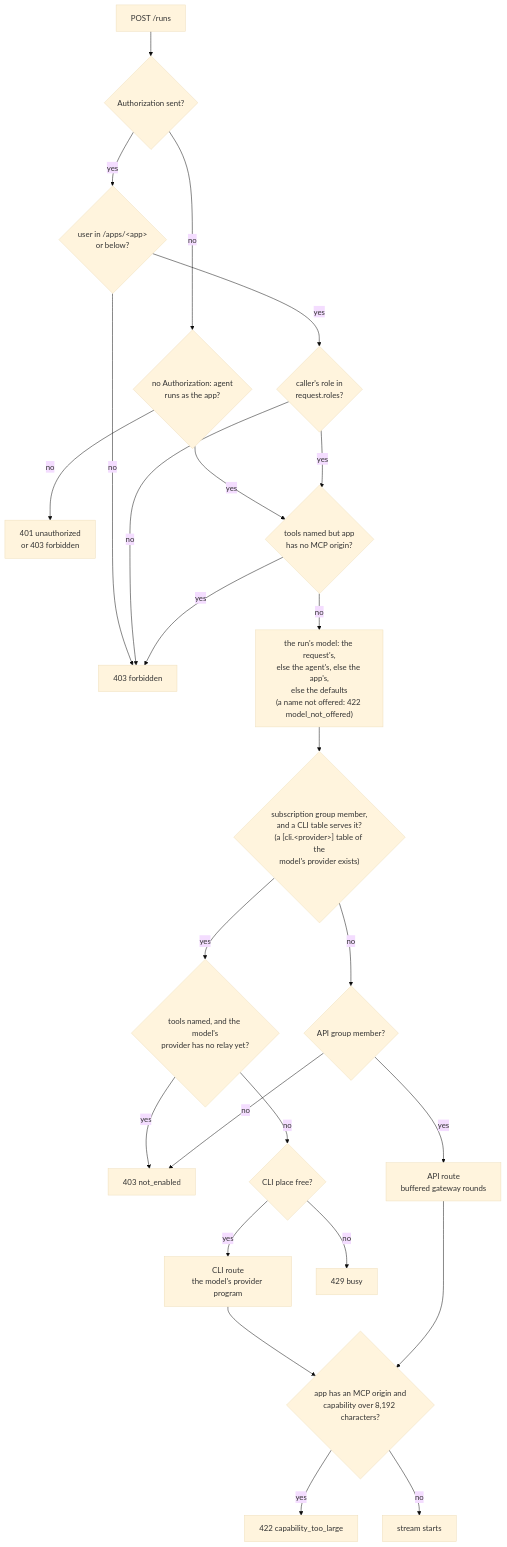
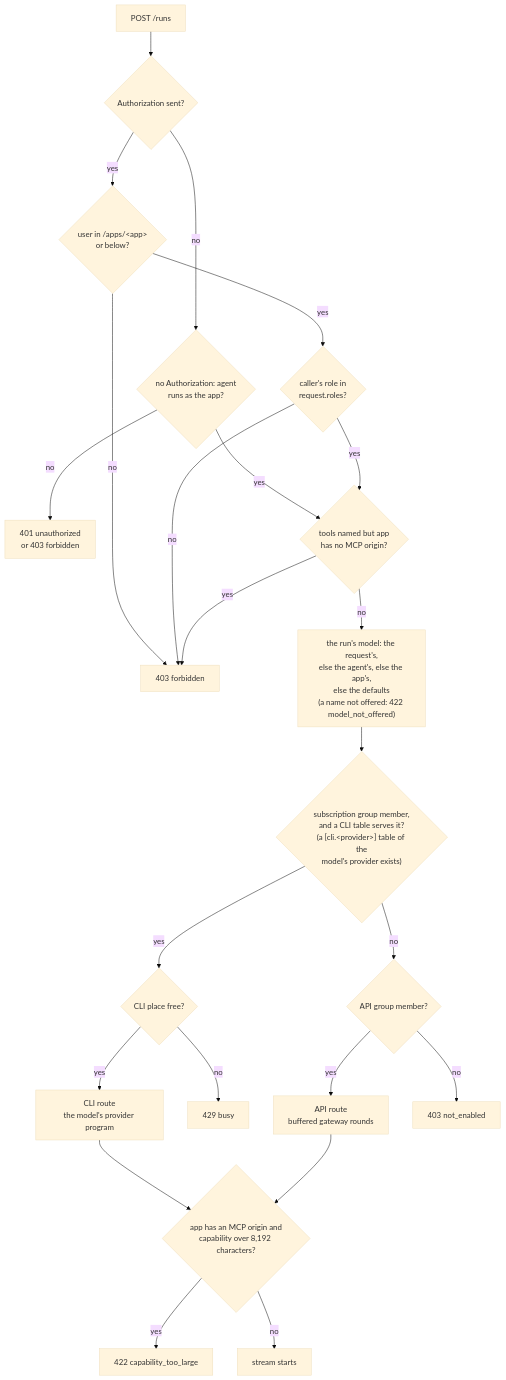
The second of 3 diagrams in docs/ARCHITECTURE.md (overnightworks/agent-runtime), drawn with Mermaid (base theme) before and after one commit. The commit also changed 4 other files, not shown here.

````diff
--- a/docs/ARCHITECTURE.md
+++ b/docs/ARCHITECTURE.md
@@ -65,27 +65,25 @@
 ```mermaid
 flowchart TB
     request["POST /runs"] --> credential{"Authorization sent?"}
     credential -->|no| own{"no Authorization: agent<br/>runs as the app?"}
     own -->|no| refused["401 unauthorized<br/>or 403 forbidden"]
     own -->|yes| tools
     credential -->|yes| gate{"user in /apps/&lt;app&gt;<br/>or below?"}
     gate -->|no| forbidden["403 forbidden"]
     gate -->|yes| role{"caller's role in<br/>request.roles?"}
     role -->|no| forbidden
     role -->|yes| tools{"tools named but app<br/>has no MCP origin?"}
     tools -->|yes| forbidden
     tools -->|no| model["the run's model: the request's,<br/>else the agent's, else the app's,<br/>else the defaults<br/>(a name not offered: 422 model_not_offered)"]
     model --> subscription{"subscription group member,<br/>and a CLI table serves it?<br/>(a [cli.&lt;provider&gt;] table of the<br/>model's provider exists)"}
-    subscription -->|yes| relay{"tools named, and the model's<br/>provider has no relay yet?"}
-    relay -->|yes| notenabled
-    relay -->|no| slot{"CLI place free?"}
+    subscription -->|yes| slot{"CLI place free?"}
     slot -->|yes| cli["CLI route<br/>the model's provider program"]
     slot -->|no| busy["429 busy"]
     subscription -->|no| api{"API group member?"}
     api -->|yes| paid["API route<br/>buffered gateway rounds"]
     api -->|no| notenabled["403 not_enabled"]
     cli --> size{"app has an MCP origin and<br/>capability over 8,192 characters?"}
     paid --> size
     size -->|yes| toolarge["422 capability_too_large"]
     size -->|no| run["stream starts"]
 ```
````
